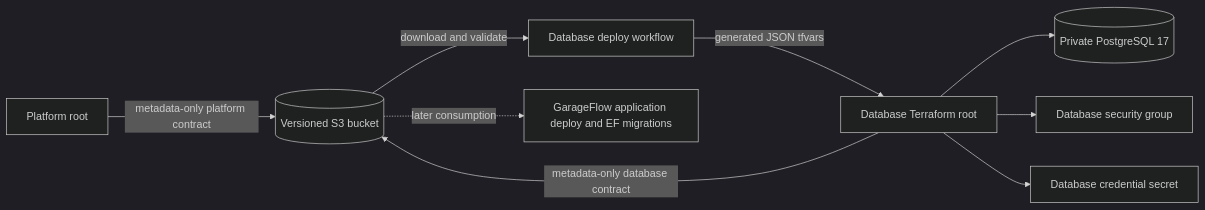
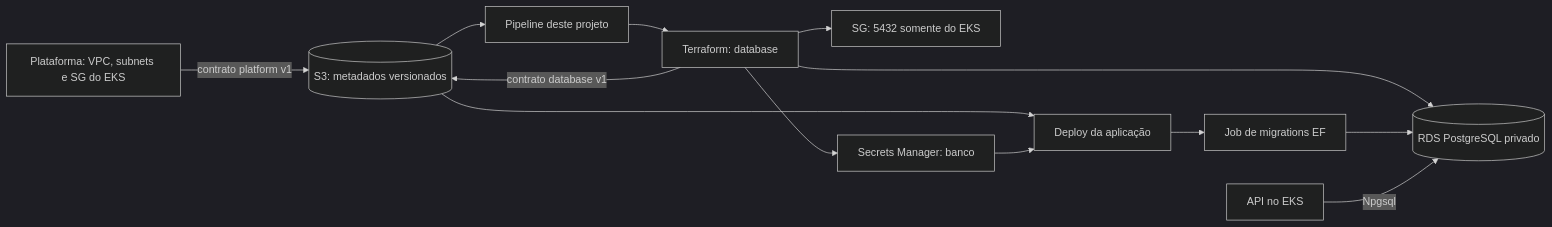
The first of 3 diagrams in README.md (DiegoRugue/garageflow-infra-database), drawn with Mermaid (dark theme) before and after one commit. The commit also changed other lines of this file, not shown here.

````diff
--- a/README.md
+++ b/README.md
@@ -9,11 +17,15 @@
 ```mermaid
 flowchart LR
-    Platform[Platform root] -->|metadata-only platform contract| ContractBucket[(Versioned S3 bucket)]
-    ContractBucket -->|download and validate| Deploy[Database deploy workflow]
-    Deploy -->|generated JSON tfvars| DatabaseRoot[Database Terraform root]
-    DatabaseRoot --> RDS[(Private PostgreSQL 17)]
-    DatabaseRoot --> SG[Database security group]
-    DatabaseRoot --> Secret[Database credential secret]
-    DatabaseRoot -->|metadata-only database contract| ContractBucket
-    ContractBucket -.->|later consumption| Application[GarageFlow application deploy and EF migrations]
+    Platform[Plataforma: VPC, subnets e SG do EKS] -->|contrato platform v1| S3[(S3: metadados versionados)]
+    S3 --> Deploy[Pipeline deste projeto]
+    Deploy --> TF[Terraform: database]
+    TF --> RDS[(RDS PostgreSQL privado)]
+    TF --> SG[SG: 5432 somente do EKS]
+    TF --> Secret[Secrets Manager: banco]
+    TF -->|contrato database v1| S3
+    S3 --> AppDeploy[Deploy da aplicação]
+    Secret --> AppDeploy
+    AppDeploy --> Migration[Job de migrations EF]
+    Migration --> RDS
+    Api[API no EKS] -->|Npgsql| RDS
 ```
````
